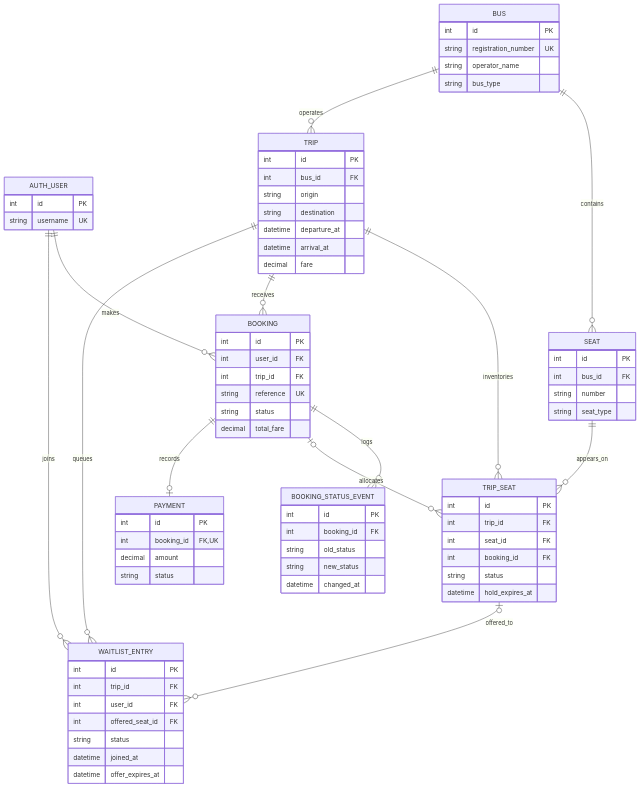
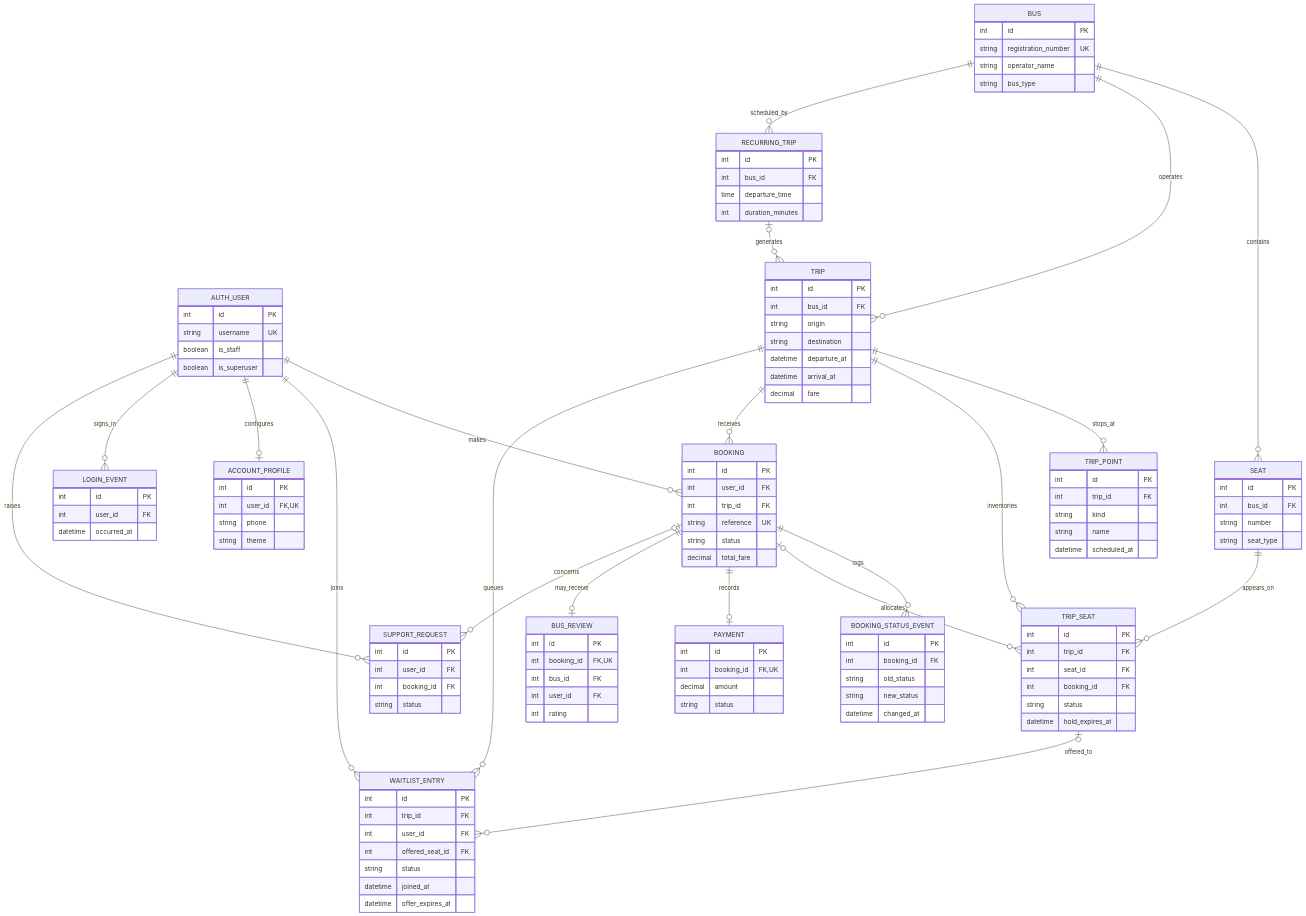
Before and after one commit to karthik-goud227/bus-ticket-booking-system: the diagram in docs/er_model.md, drawn with Mermaid. The commit also changed other lines of this file and 2 other files, not shown here.

Commit message:
Expand relational schema and live DBMS demo

````diff
--- a/docs/er_model.md
+++ b/docs/er_model.md
@@ -8,8 +8,14 @@
 erDiagram
     AUTH_USER ||--o{ BOOKING : makes
     AUTH_USER ||--o{ WAITLIST_ENTRY : joins
+    AUTH_USER ||--o| ACCOUNT_PROFILE : configures
+    AUTH_USER ||--o{ LOGIN_EVENT : signs_in
+    AUTH_USER ||--o{ SUPPORT_REQUEST : raises
     BUS ||--o{ SEAT : contains
     BUS ||--o{ TRIP : operates
+    BUS ||--o{ RECURRING_TRIP : scheduled_by
+    RECURRING_TRIP |o--o{ TRIP : generates
+    TRIP ||--o{ TRIP_POINT : stops_at
     TRIP ||--o{ TRIP_SEAT : inventories
     SEAT ||--o{ TRIP_SEAT : appears_on
     TRIP ||--o{ BOOKING : receives
@@ -17,6 +23,8 @@
     TRIP ||--o{ WAITLIST_ENTRY : queues
     BOOKING |o--o{ TRIP_SEAT : allocates
     BOOKING ||--o| PAYMENT : records
+    BOOKING ||--o| BUS_REVIEW : may_receive
+    BOOKING |o--o{ SUPPORT_REQUEST : concerns
     TRIP_SEAT |o--o{ WAITLIST_ENTRY : offered_to
 
     BUS {
@@ -51,6 +59,32 @@
     AUTH_USER {
         int id PK
         string username UK
+        boolean is_staff
+        boolean is_superuser
+    }
+    ACCOUNT_PROFILE {
+        int id PK
+        int user_id FK,UK
+        string phone
+        string theme
+    }
+    LOGIN_EVENT {
+        int id PK
+        int user_id FK
+        datetime occurred_at
+    }
+    RECURRING_TRIP {
+        int id PK
+        int bus_id FK
+        time departure_time
+        int duration_minutes
+    }
+    TRIP_POINT {
+        int id PK
+        int trip_id FK
+        string kind
+        string name
+        datetime scheduled_at
     }
     BOOKING {
         int id PK
@@ -82,4 +116,17 @@
         datetime joined_at
         datetime offer_expires_at
     }
+    BUS_REVIEW {
+        int id PK
+        int booking_id FK,UK
+        int bus_id FK
+        int user_id FK
+        int rating
+    }
+    SUPPORT_REQUEST {
+        int id PK
+        int user_id FK
+        int booking_id FK
+        string status
+    }
 ```
````
